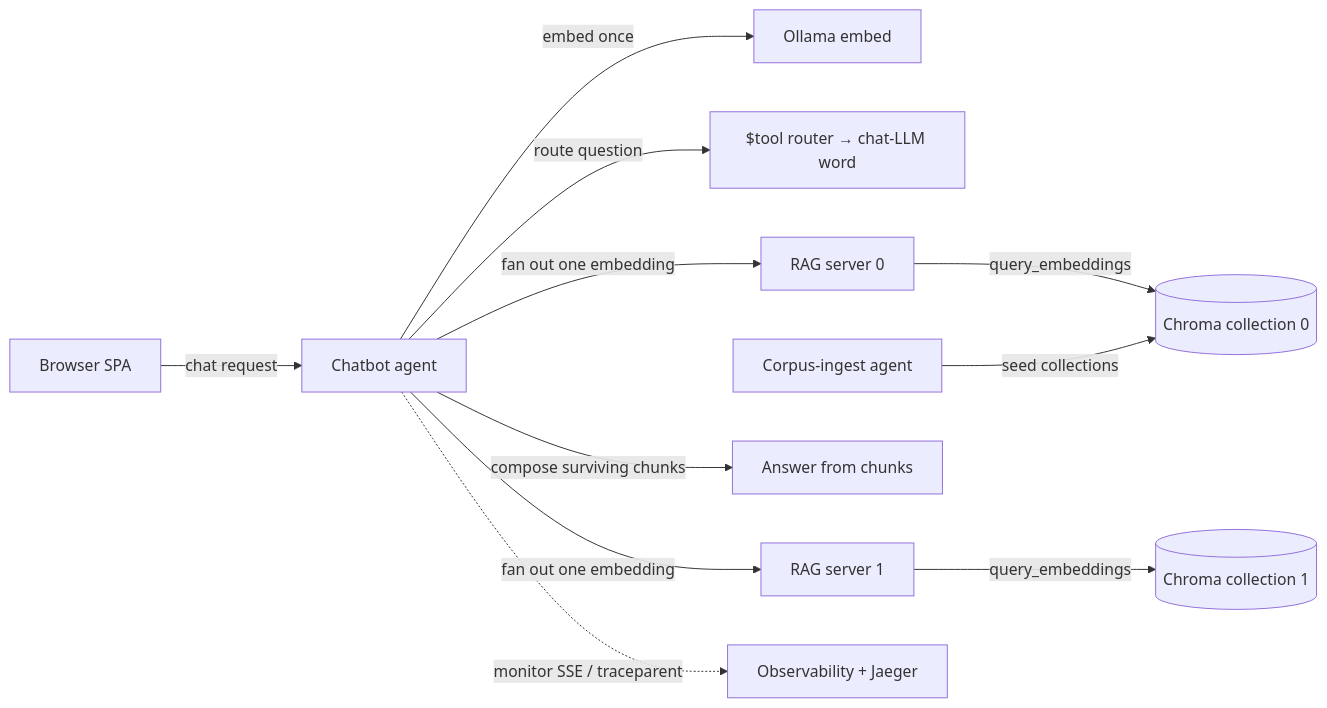
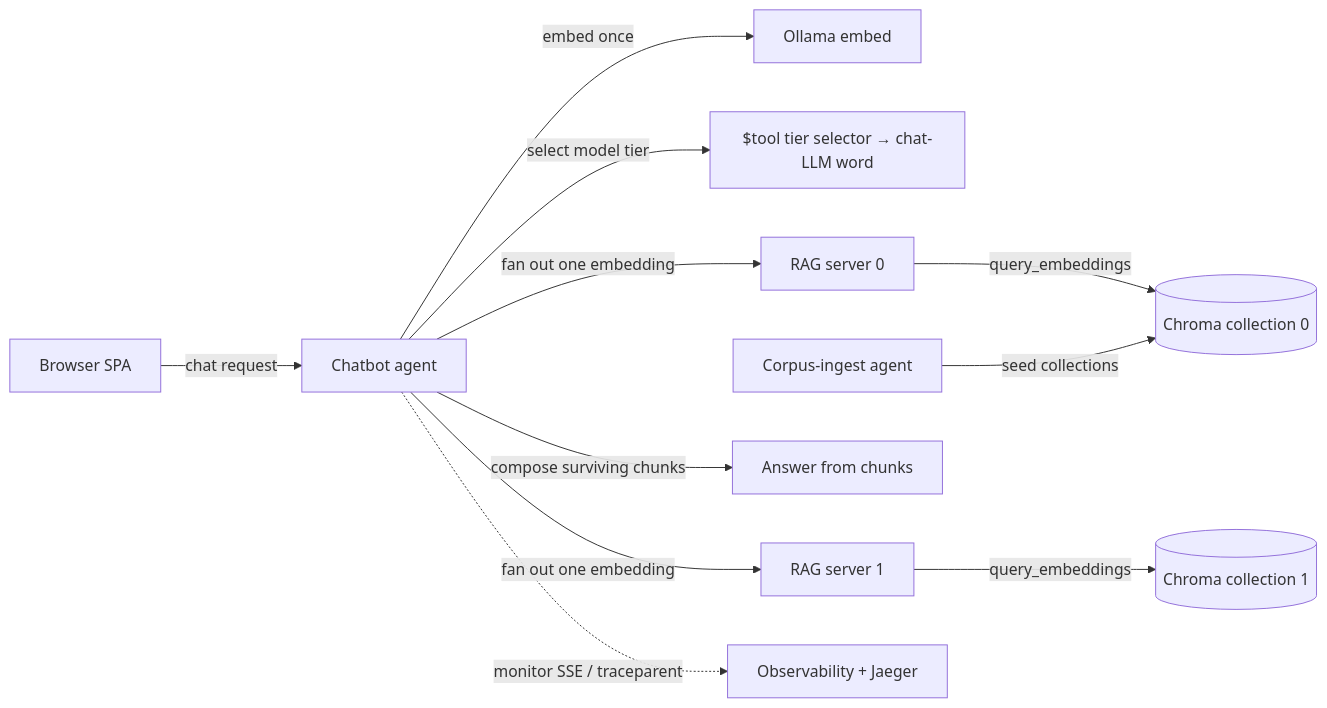
Before and after one commit to Acharya320/declarative-agents: the diagram in examples/chatbot-mesh/README.md, drawn with Mermaid. The commit also changed 56 other files, not shown here.

First line of the commit message:
Rename chatbot model routing to tier selection (GH-904)

````diff
--- a/examples/chatbot-mesh/README.md
+++ b/examples/chatbot-mesh/README.md
@@ -17,13 +17,13 @@
 ```mermaid
 flowchart LR
   U[Browser SPA] -->|chat request| CB[Chatbot agent]
   CB -->|embed once| OLL[Ollama embed]
-  CB -->|route question| RTR["$tool router → chat-LLM word"]
+  CB -->|select model tier| TS["$tool tier selector → chat-LLM word"]
   CB -->|fan out one embedding| R0[RAG server 0]
   CB -->|fan out one embedding| R1[RAG server 1]
   R0 -->|query_embeddings| CH0[(Chroma collection 0)]
   R1 -->|query_embeddings| CH1[(Chroma collection 1)]
   CB -->|compose surviving chunks| ANS[Answer from chunks]
   ING[Corpus-ingest agent] -->|seed collections| CH0
   CB -.->|monitor SSE / traceparent| OBS[Observability + Jaeger]
 ```
````
